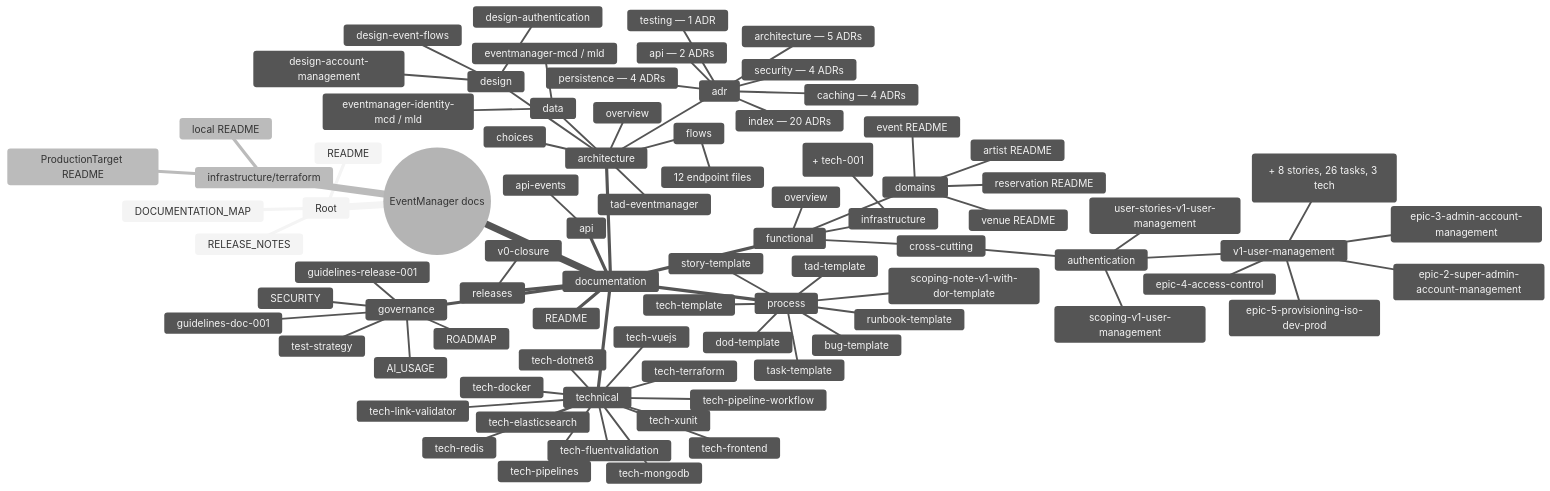
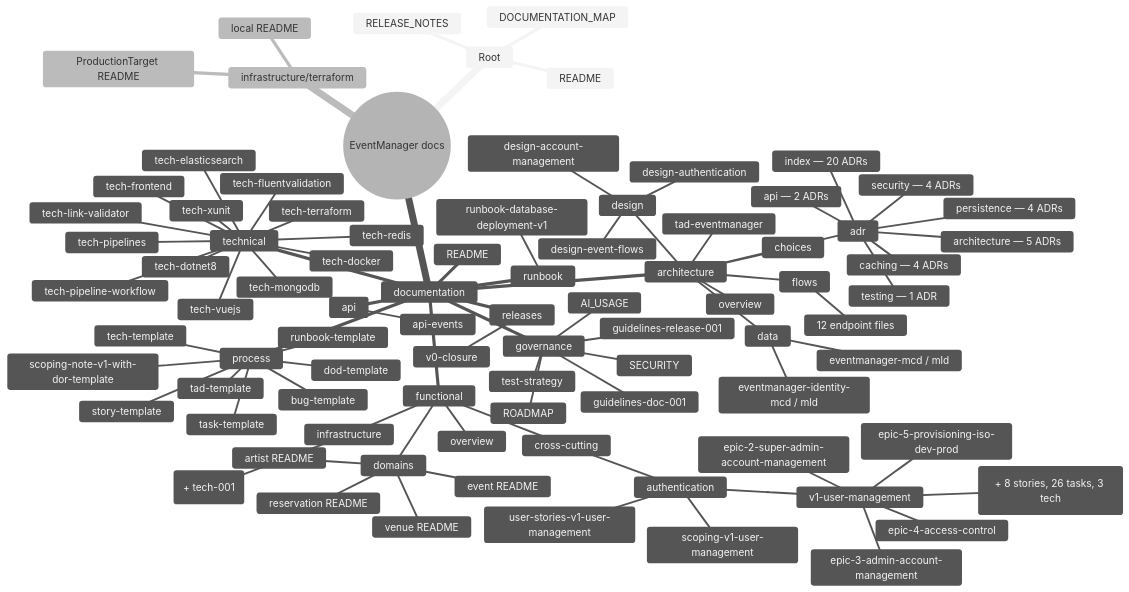
The diagram in DOCUMENTATION_MAP.md (LaurentCondoure/EventManager), drawn with Mermaid (neutral theme) before and after one commit. The commit also changed other lines of this file and 32 other files, not shown here.

```diff
--- a/DOCUMENTATION_MAP.md
+++ b/DOCUMENTATION_MAP.md
@@ -64,6 +64,8 @@
         test-strategy
         guidelines-doc-001
         guidelines-release-001
+      runbook
+        runbook-database-deployment-v1
       process
         bug-template
         dod-template
```
